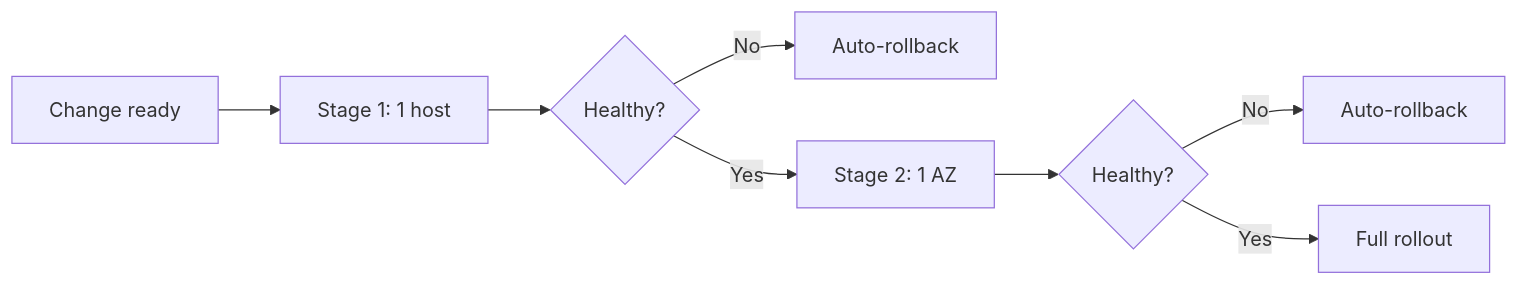
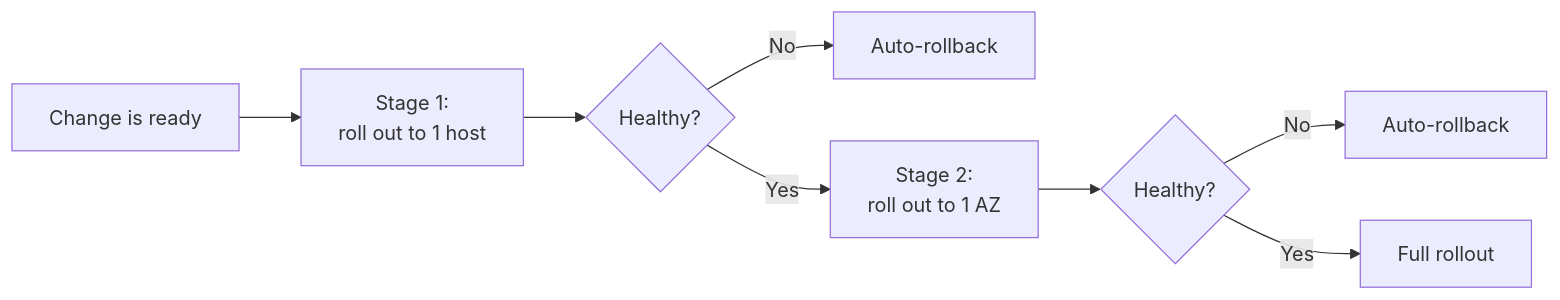
Before and after one commit to riyaz-pasha/Learnings: the tenth of 11 diagrams in system-design/HLD/0-course/39-Spectacular-Failures-FAANG-Guide-story.md, drawn with Mermaid. The commit also changed other lines of this file and 1 other file, not shown here.

Commit message:
[REWRITE] Spectacular Failures story guide: simplify prose, add structure, fix diagrams

````diff
--- a/system-design/HLD/0-course/39-Spectacular-Failures-FAANG-Guide-story.md
+++ b/system-design/HLD/0-course/39-Spectacular-Failures-FAANG-Guide-story.md
@@ -405,10 +554,10 @@
 ```mermaid
 flowchart LR
-    A[Change ready] --> B["Stage 1: 1 host"]
-    B --> C{Healthy?}
-    C -- No --> X[Auto-rollback]
-    C -- Yes --> D["Stage 2: 1 AZ"]
-    D --> E{Healthy?}
-    E -- No --> X2[Auto-rollback]
-    E -- Yes --> F[Full rollout]
+    A["Change is ready"] --> B["Stage 1:<br/>roll out to 1 host"]
+    B --> C{"Healthy?"}
+    C -- "No" --> X["Auto-rollback"]
+    C -- "Yes" --> D["Stage 2:<br/>roll out to 1 AZ"]
+    D --> E{"Healthy?"}
+    E -- "No" --> X2["Auto-rollback"]
+    E -- "Yes" --> F["Full rollout"]
 ```
````
